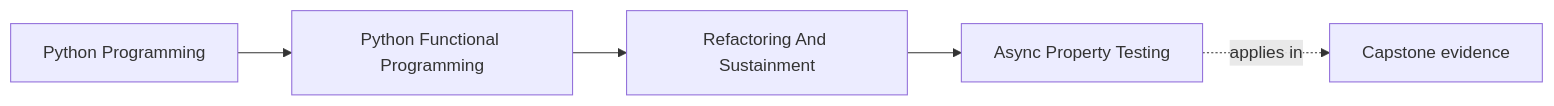
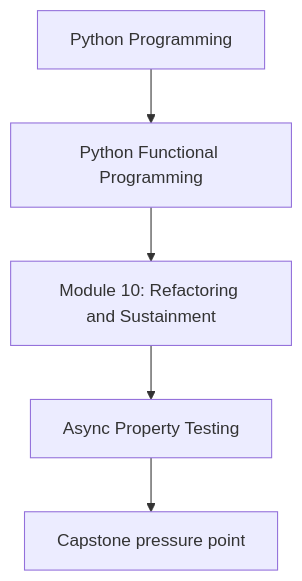
Before and after one commit to bijux/bijux-masterclass: the first of 2 diagrams in programs/python-programming/python-functional-programming/course-book/module-10-refactoring-and-sustainment/async-property-testing.md, drawn with Mermaid. The commit also changed other lines of this file and 118 other files, not shown here.

Commit message:
docs(python-functional-programming): align concept page diagrams

````diff
--- a/programs/python-programming/python-functional-programming/course-book/module-10-refactoring-and-sustainment/async-property-testing.md
+++ b/programs/python-programming/python-functional-programming/course-book/module-10-refactoring-and-sustainment/async-property-testing.md
@@ -7,11 +7,7 @@
 ```mermaid
-graph LR
-  family["Python Programming"]
-  program["Python Functional Programming"]
-  section["Refactoring And Sustainment"]
-  page["Async Property Testing"]
-  capstone["Capstone evidence"]
-
-  family --> program --> section --> page
-  page -.applies in.-> capstone
+flowchart TD
+  family["Python Programming"] --> program["Python Functional Programming"]
+  program --> module["Module 10: Refactoring and Sustainment"]
+  module --> concept["Async Property Testing"]
+  concept --> capstone["Capstone pressure point"]
 ```
````
